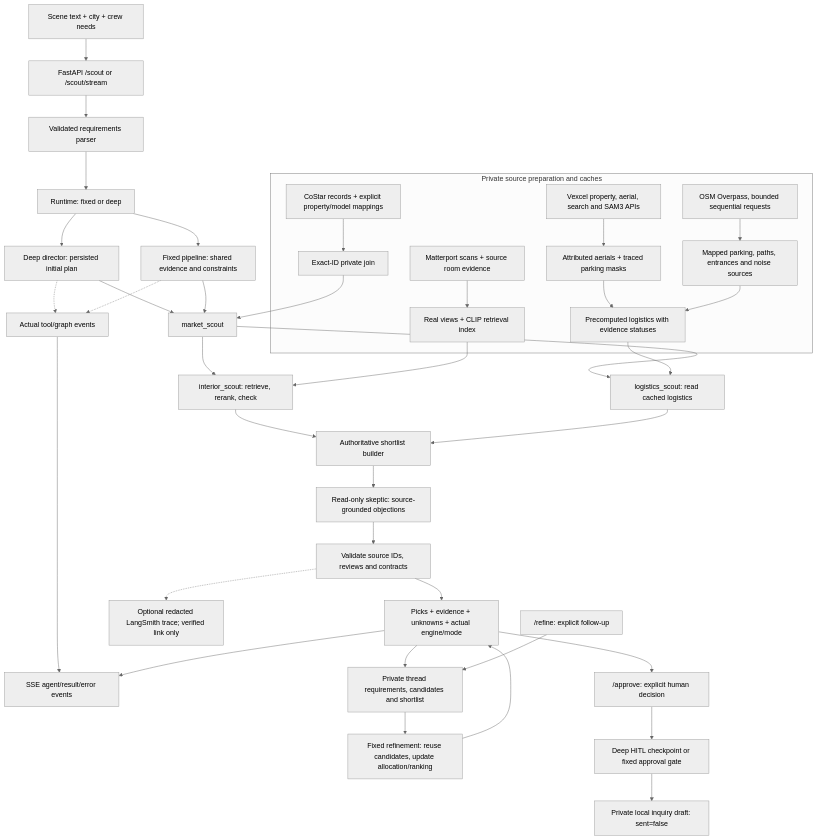
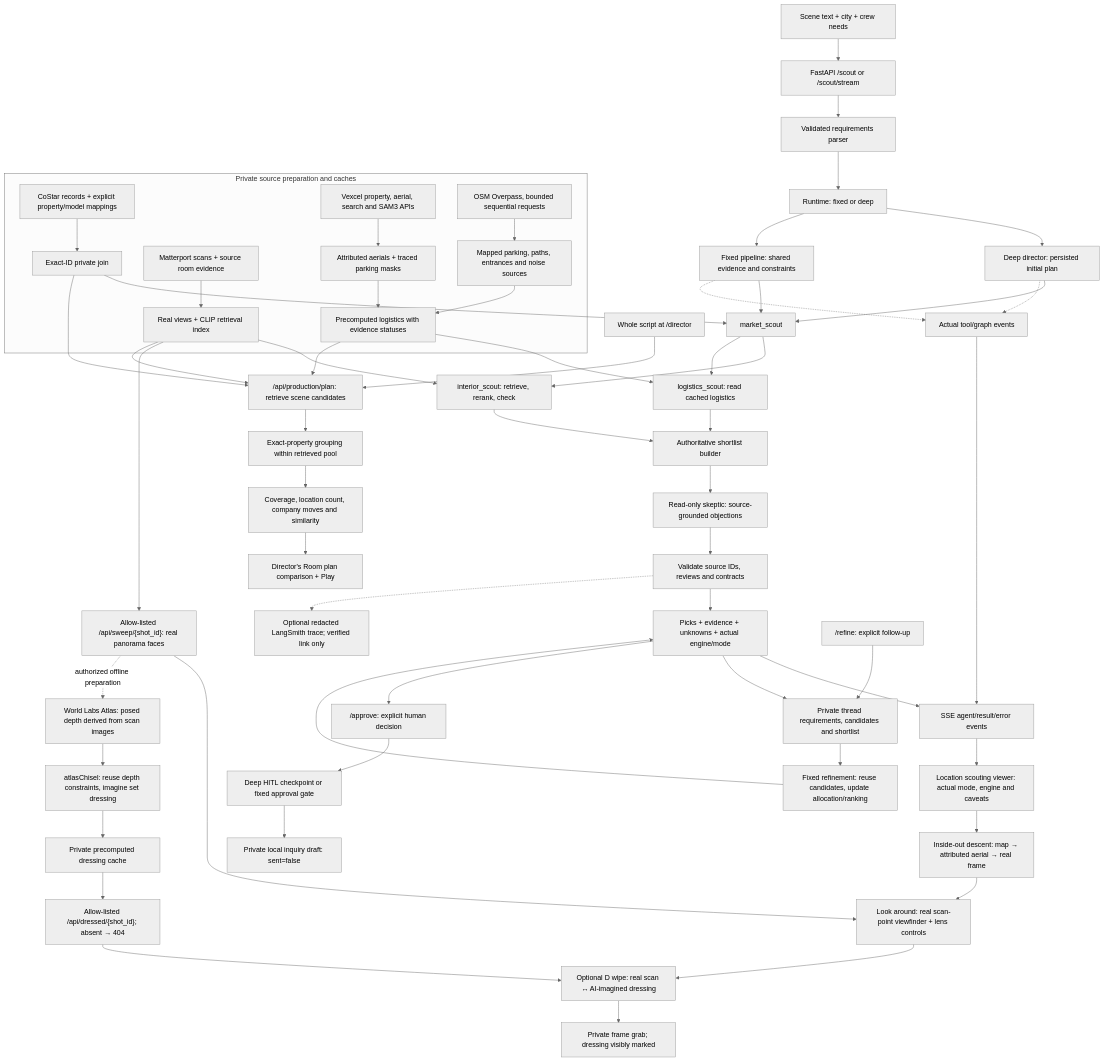
One commit to Tecncentral/typecast changed the diagram in docs/architecture.md. Above: the diagram before and after it, drawn with Mermaid (neutral theme). The commit also changed other lines of this file and 4 other files, not shown here.

Commit message:
Rewrite submission story around the real-to-dressed reveal

````diff
--- a/docs/architecture.md
+++ b/docs/architecture.md
@@ -5,45 +5,66 @@
 ```mermaid
 flowchart TD
     Scene["Scene text + city + crew needs"] --> API["FastAPI /scout or /scout/stream"]
     API --> Parse["Validated requirements parser"]
     Parse --> Runtime["Runtime: fixed or deep"]
     Runtime --> Director["Deep director: persisted initial plan"]
     Runtime --> Fixed["Fixed pipeline: shared evidence and constraints"]
 
     subgraph Private["Private source preparation and caches"]
         CoStar["CoStar records + explicit property/model mappings"] --> Join["Exact-ID private join"]
         Matterport["Matterport scans + source room evidence"] --> Index["Real views + CLIP retrieval index"]
         Vexcel["Vexcel property, aerial, search and SAM3 APIs"] --> Aerial["Attributed aerials + traced parking masks"]
         OSM["OSM Overpass, bounded sequential requests"] --> Mapped["Mapped parking, paths, entrances and noise sources"]
         Aerial --> Cache["Precomputed logistics with evidence statuses"]
         Mapped --> Cache
     end
 
     Director --> Market["market_scout"]
     Fixed --> Market
     Join --> Market
     Market --> Interior["interior_scout: retrieve, rerank, check"]
     Market --> Logistics["logistics_scout: read cached logistics"]
     Index --> Interior
     Cache --> Logistics
     Interior --> Shortlist["Authoritative shortlist builder"]
     Logistics --> Shortlist
     Shortlist --> Skeptic["Read-only skeptic: source-grounded objections"]
     Skeptic --> Validate["Validate source IDs, reviews and contracts"]
     Validate --> Result["Picks + evidence + unknowns + actual engine/mode"]
 
     Director -.-> Events["Actual tool/graph events"]
     Fixed -.-> Events
     Events --> SSE["SSE agent/result/error events"]
     Result --> SSE
     Validate -.-> Trace["Optional redacted LangSmith trace; verified link only"]
 
+    SSE --> Viewer["Location scouting viewer: actual mode, engine and caveats"]
+    Viewer --> Descent["Inside-out descent: map → attributed aerial → real frame"]
+    Descent --> Viewfinder["Look around: real scan-point viewfinder + lens controls"]
+    Index --> Sweep["Allow-listed /api/sweep/{shot_id}: real panorama faces"]
+    Sweep --> Viewfinder
+    Sweep -. "authorized offline preparation" .-> Atlas["World Labs Atlas: posed depth derived from scan images"]
+    Atlas --> Chisel["atlasChisel: reuse depth constraints, imagine set dressing"]
+    Chisel --> DressedCache["Private precomputed dressing cache"]
+    DressedCache --> DressedAPI["Allow-listed /api/dressed/{shot_id}; absent → 404"]
+    DressedAPI --> Compare["Optional D wipe: real scan ↔ AI-imagined dressing"]
+    Viewfinder --> Compare
+    Compare --> Grab["Private frame grab; dressing visibly marked"]
+
+    Script["Whole script at /director"] --> Production["/api/production/plan: retrieve scene candidates"]
+    Index --> Production
+    Join --> Production
+    Cache --> Production
+    Production --> Group["Exact-property grouping within retrieved pool"]
+    Group --> Plans["Coverage, location count, company moves and similarity"]
+    Plans --> Reel["Director's Room plan comparison + Play"]
+
     Result --> State["Private thread requirements, candidates and shortlist"]
     Followup["/refine: explicit follow-up"] --> State
     State --> Refine["Fixed refinement: reuse candidates, update allocation/ranking"]
     Refine --> Result
 
     Result --> Approval["/approve: explicit human decision"]
     Approval --> Gate["Deep HITL checkpoint or fixed approval gate"]
     Gate --> Draft["Private local inquiry draft: sent=false"]
 ```
````
